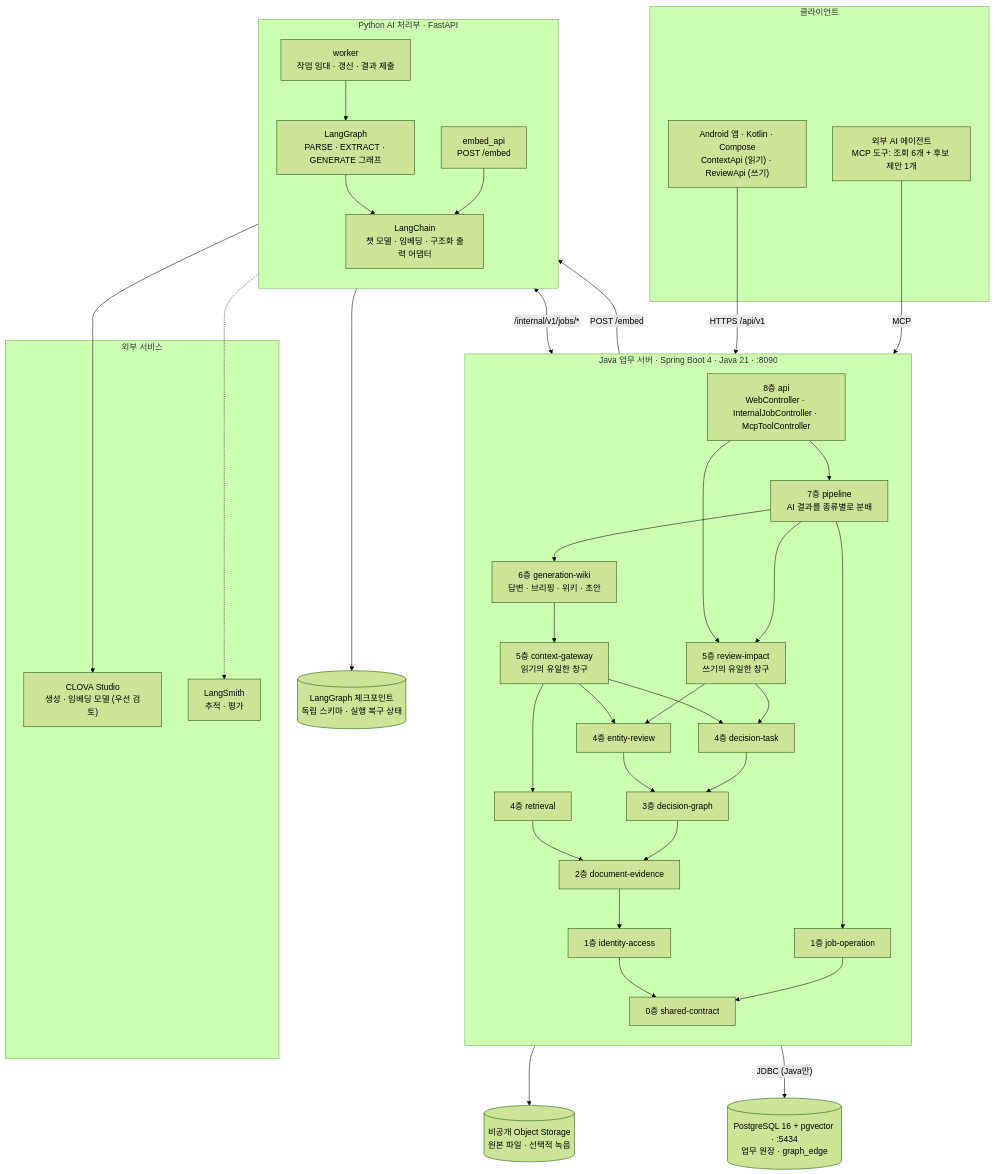
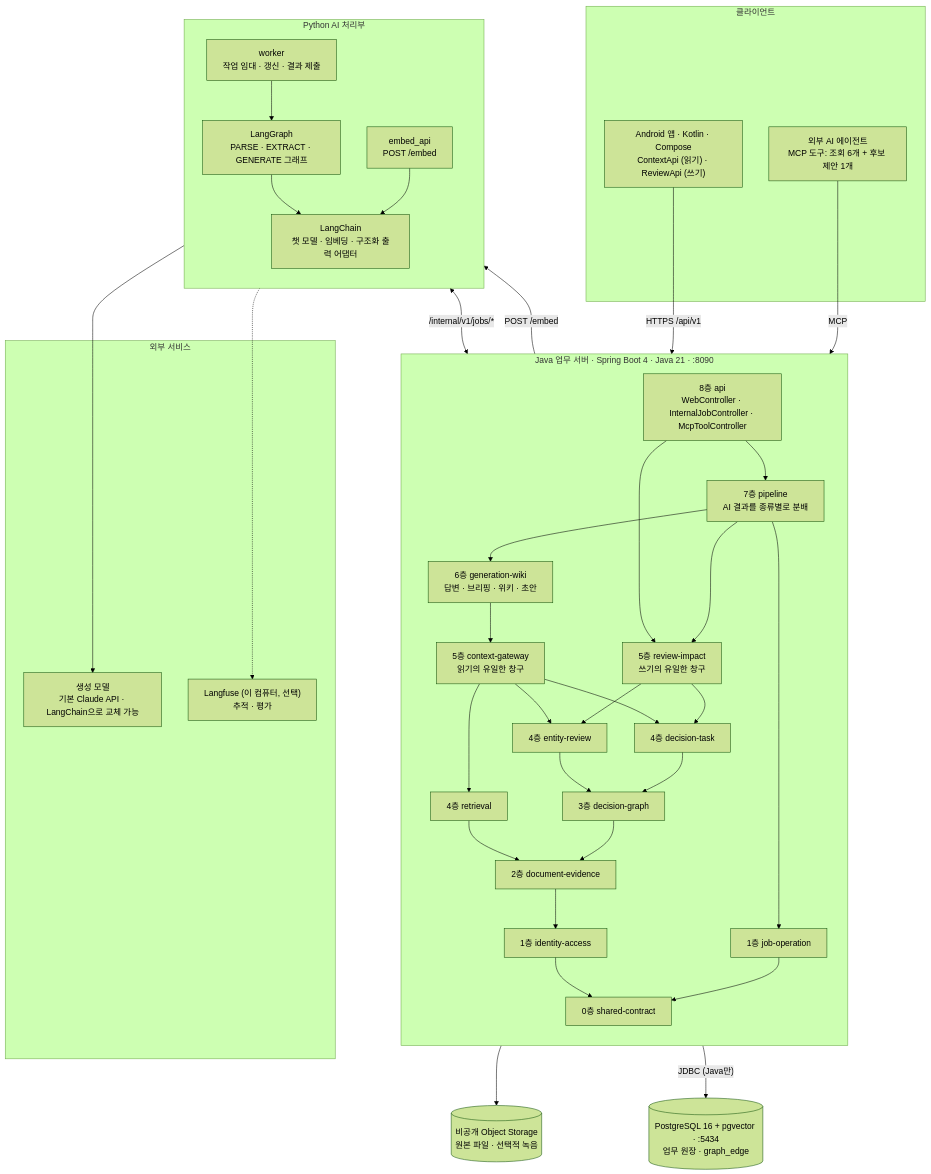
The first of 6 diagrams in docs/contexa_architecture.md (dainkil/contexa), drawn with Mermaid (forest theme) before and after one commit. The commit also changed other lines of this file and 2 other files, not shown here.

Commit message:
docs: 구조 문서를 Android 앱·LangChain·Langfuse 결정에 맞춤

````diff
--- a/docs/contexa_architecture.md
+++ b/docs/contexa_architecture.md
@@ -19,65 +19,63 @@
 ```mermaid
 flowchart TB
     subgraph CLIENT["클라이언트"]
         WEB["Android 앱 · Kotlin · Compose<br/>ContextApi (읽기) · ReviewApi (쓰기)"]
         AGENT["외부 AI 에이전트<br/>MCP 도구: 조회 6개 + 후보 제안 1개"]
     end
 
     subgraph JAVA["Java 업무 서버 · Spring Boot 4 · Java 21 · :8090"]
         direction TB
         API["8층 api<br/>WebController · InternalJobController · McpToolController"]
         PL["7층 pipeline<br/>AI 결과를 종류별로 분배"]
         GEN["6층 generation-wiki<br/>답변 · 브리핑 · 위키 · 초안"]
         GW["5층 context-gateway<br/>읽기의 유일한 창구"]
         RV["5층 review-impact<br/>쓰기의 유일한 창구"]
         RET["4층 retrieval"]
         ENT["4층 entity-review"]
         DT["4층 decision-task"]
         GR["3층 decision-graph"]
         DOC["2층 document-evidence"]
         IAM["1층 identity-access"]
         JOB["1층 job-operation"]
         CON["0층 shared-contract"]
         API --> PL --> GEN --> GW
         API --> RV
         PL --> RV
         GW --> RET & ENT & DT
         RV --> ENT & DT
         RET --> DOC
         ENT --> GR
         DT --> GR
         GR --> DOC --> IAM
         PL --> JOB
         IAM --> CON
         JOB --> CON
     end
 
-    subgraph PY["Python AI 처리부 · FastAPI"]
+    subgraph PY["Python AI 처리부"]
         direction TB
         WORKER["worker<br/>작업 임대 · 갱신 · 결과 제출"]
         LG["LangGraph<br/>PARSE · EXTRACT · GENERATE 그래프"]
         LC["LangChain<br/>챗 모델 · 임베딩 · 구조화 출력 어댑터"]
         EMB["embed_api<br/>POST /embed"]
         WORKER --> LG --> LC
         EMB --> LC
     end
 
     subgraph EXT["외부 서비스"]
-        MODEL["CLOVA Studio<br/>생성 · 임베딩 모델 (우선 검토)"]
-        LS["LangSmith<br/>추적 · 평가"]
+        MODEL["생성 모델<br/>기본 Claude API · LangChain으로 교체 가능"]
+        LF["Langfuse (이 컴퓨터, 선택)<br/>추적 · 평가"]
     end
 
     DB[("PostgreSQL 16 + pgvector · :5434<br/>업무 원장 · graph_edge")]
-    CP[("LangGraph 체크포인트<br/>독립 스키마 · 실행 복구 상태")]
     OBJ[("비공개 Object Storage<br/>원본 파일 · 선택적 녹음")]
 
     WEB -->|"HTTPS /api/v1"| API
     AGENT -->|"MCP"| API
     WORKER <-->|"/internal/v1/jobs/*"| API
     RET -->|"POST /embed"| EMB
     LC --> MODEL
-    LG -.-> LS
-    LG --> CP
+    LG -.-> LF
     JAVA -->|"JDBC (Java만)"| DB
     DOC --> OBJ
 ```
````
